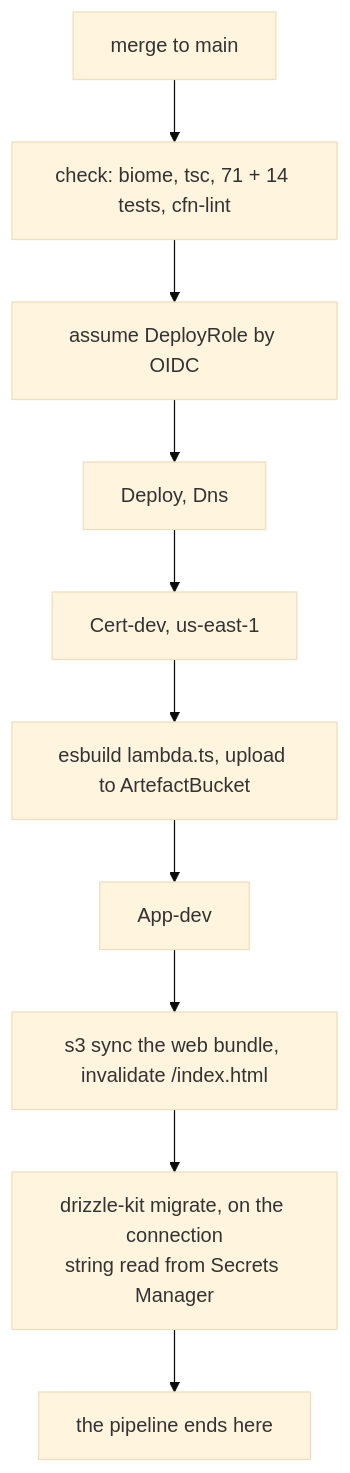
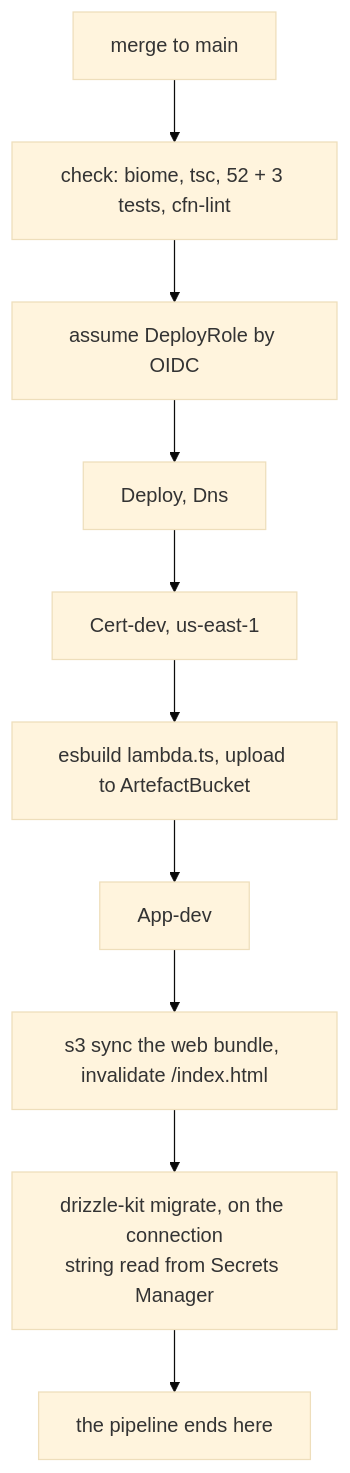
One commit to Ovich/job-application-ai changed the fifth of 5 diagrams in infra/architecture.md. Above: the diagram before and after it, drawn with Mermaid (base theme). The commit also changed other lines of this file and 1 other file, not shown here.

First line of the commit message:
docs: the web app is an empty shell and the run skeleton is the operator check (S9.6)

````diff
--- a/infra/architecture.md
+++ b/infra/architecture.md
@@ -388,12 +401,12 @@
 ```mermaid
 flowchart TB
-  merge["merge to main"] --> check["check: biome, tsc, 71 + 14 tests, cfn-lint"]
+  merge["merge to main"] --> check["check: biome, tsc, 52 + 3 tests, cfn-lint"]
   check --> oidc["assume DeployRole by OIDC"]
   oidc --> shared["Deploy, Dns"]
   shared --> cert["Cert-dev, us-east-1"]
   cert --> bundle["esbuild lambda.ts, upload to ArtefactBucket"]
   bundle --> app["App-dev"]
   app --> sync["s3 sync the web bundle, invalidate /index.html"]
   sync --> migrate["drizzle-kit migrate, on the connection<br/>string read from Secrets Manager"]
   migrate --> done["the pipeline ends here"]
 ```
````
